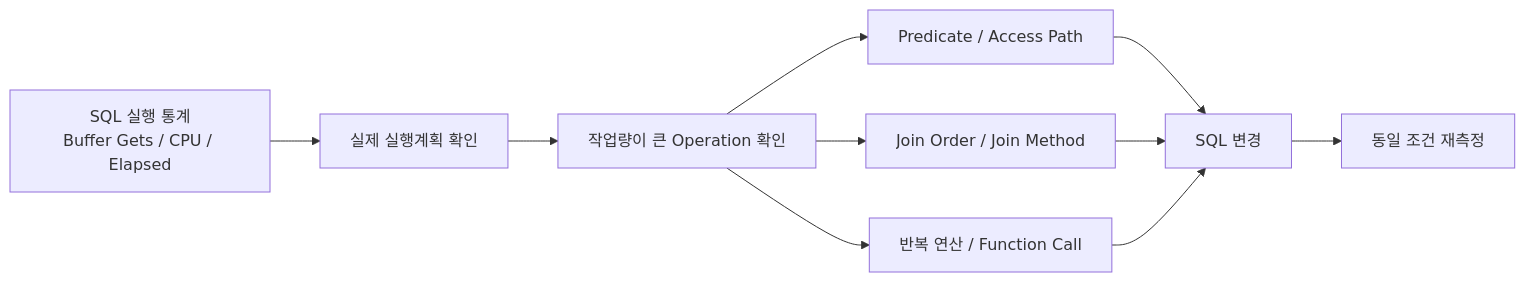
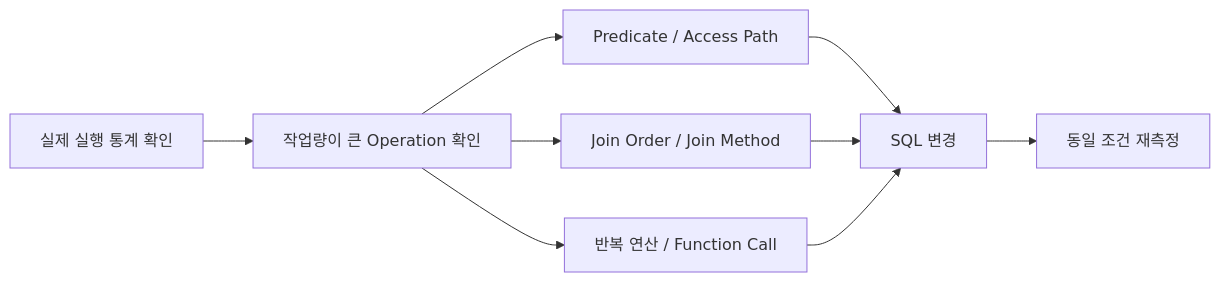
One commit to jw3418/jw3418.github.io changed the first of 9 diagrams in _posts/2026-09-23-oracle-sql-tuning-execution-plan.md. Above: the diagram before and after it, drawn with Mermaid. The commit also changed other lines of this file, not shown here.

````diff
--- a/_posts/2026-09-23-oracle-sql-tuning-execution-plan.md
+++ b/_posts/2026-09-23-oracle-sql-tuning-execution-plan.md
@@ -118,21 +102,19 @@
 ```mermaid
 flowchart LR
-    A["SQL 실행 통계<br/>Buffer Gets / CPU / Elapsed"]
-    B["실제 실행계획 확인"]
-    C["작업량이 큰 Operation 확인"]
-    D["Predicate / Access Path"]
-    E["Join Order / Join Method"]
-    F["반복 연산 / Function Call"]
-    G["SQL 변경"]
-    H["동일 조건 재측정"]
+    A["실제 실행 통계 확인"]
+    B["작업량이 큰 Operation 확인"]
+    C["Predicate / Access Path"]
+    D["Join Order / Join Method"]
+    E["반복 연산 / Function Call"]
+    F["SQL 변경"]
+    G["동일 조건 재측정"]
 
     A --> B
     B --> C
-    C --> D
-    C --> E
+    B --> D
+    B --> E
     C --> F
-    D --> G
-    E --> G
+    D --> F
+    E --> F
     F --> G
-    G --> H
 ```
````
